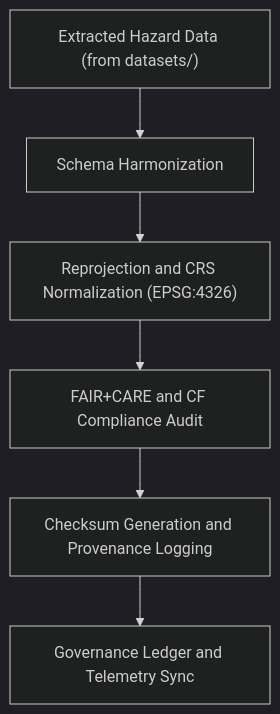
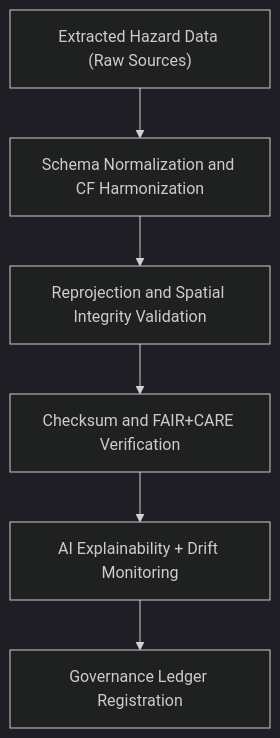
The diagram in data/work/tmp/hazards/logs/etl/transform/README.md (bartytime4life/Kansas-Frontier-Matrix), drawn with Mermaid (dark theme) before and after one commit. The commit also changed other lines of this file, not shown here.

````diff
--- a/data/work/tmp/hazards/logs/etl/transform/README.md
+++ b/data/work/tmp/hazards/logs/etl/transform/README.md
@@ -69,8 +69,8 @@
 ```mermaid
 flowchart TD
-    A["Extracted Hazard Data (from datasets/)"] --> B["Schema Harmonization"]
-    B --> C["Reprojection and CRS Normalization (EPSG:4326)"]
-    C --> D["FAIR+CARE and CF Compliance Audit"]
-    D --> E["Checksum Generation and Provenance Logging"]
-    E --> F["Governance Ledger and Telemetry Sync"]
+    A["Extracted Hazard Data (Raw Sources)"] --> B["Schema Normalization and CF Harmonization"]
+    B --> C["Reprojection and Spatial Integrity Validation"]
+    C --> D["Checksum and FAIR+CARE Verification"]
+    D --> E["AI Explainability + Drift Monitoring"]
+    E --> F["Governance Ledger Registration"]
 ```
````
